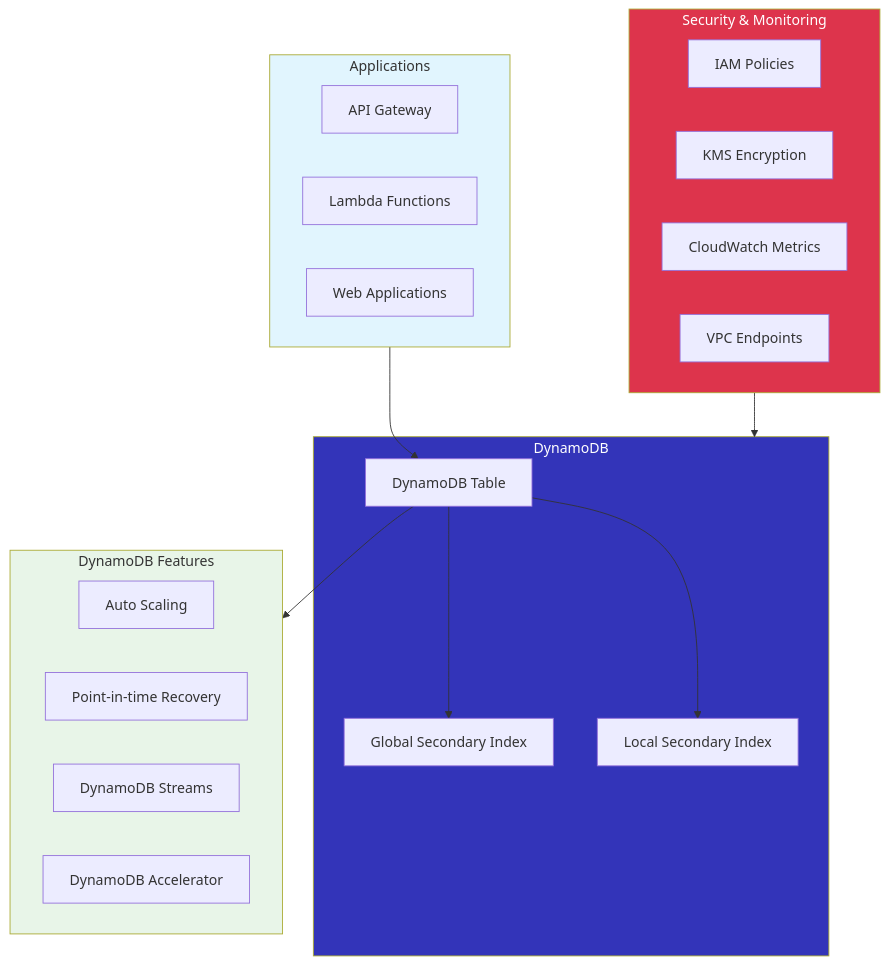
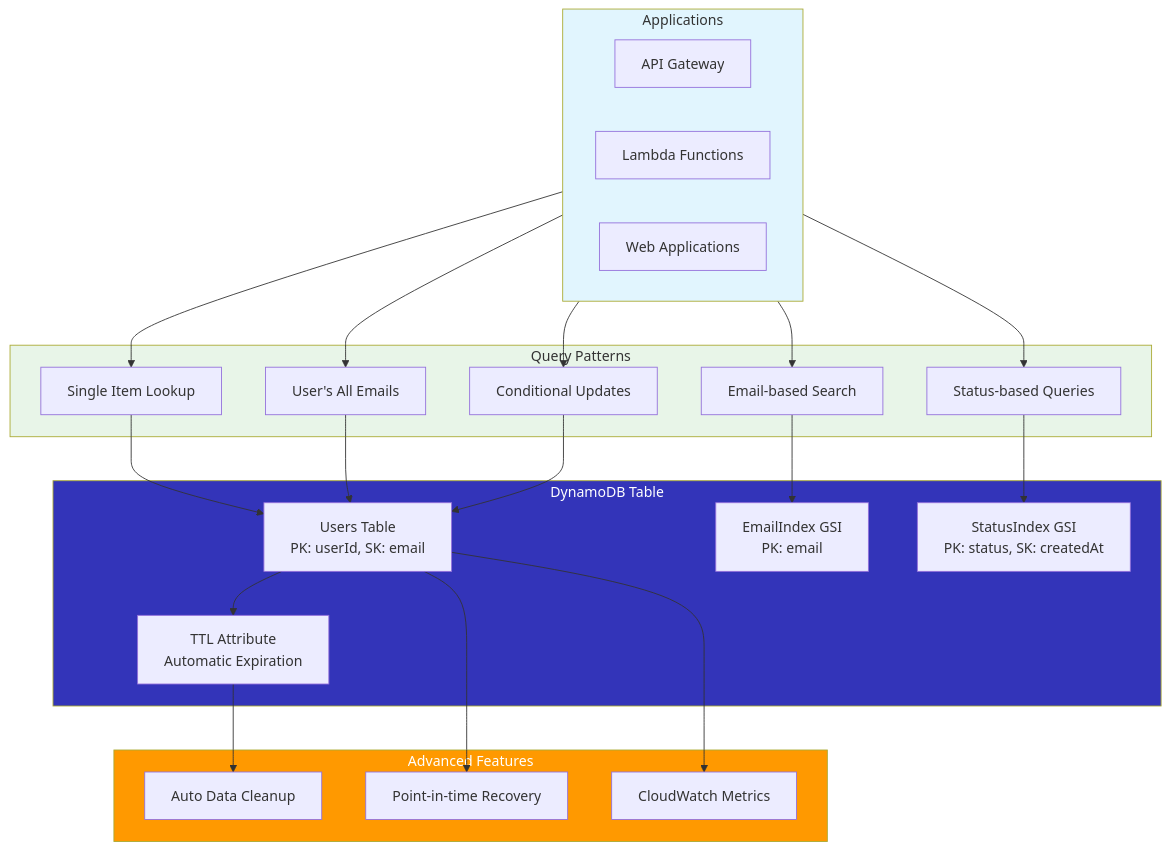
One commit to superluminar-io/aws-modular-workshop changed the first of 2 diagrams in docs/labs/lab_280_dynamodb_basics/0_intro.md. Above: the diagram before and after it, drawn with Mermaid. The commit also changed other lines of this file and 24 other files, not shown here.

````diff
--- a/docs/labs/lab_280_dynamodb_basics/0_intro.md
+++ b/docs/labs/lab_280_dynamodb_basics/0_intro.md
@@ -9,39 +9,51 @@
 ```mermaid
 flowchart TD
     subgraph Apps["Applications"]
         API[API Gateway]
         Lambda[Lambda Functions]
         App[Web Applications]
     end
 
-    subgraph DDB["DynamoDB"]
-        Table[DynamoDB Table]
-        GSI[Global Secondary Index]
-        LSI[Local Secondary Index]
+    subgraph DDB["DynamoDB Table"]
+        TABLE[Users Table<br/>PK: userId, SK: email]
+        GSI1[EmailIndex GSI<br/>PK: email]
+        GSI2[StatusIndex GSI<br/>PK: status, SK: createdAt]
+        TTL[TTL Attribute<br/>Automatic Expiration]
     end
 
-    subgraph Features["DynamoDB Features"]
-        AutoScale[Auto Scaling]
-        Backup[Point-in-time Recovery]
-        Streams[DynamoDB Streams]
-        DAX[DynamoDB Accelerator]
+    subgraph QUERIES["Query Patterns"]
+        Q1[Single Item Lookup]
+        Q2[User's All Emails]
+        Q3[Email-based Search]
+        Q4[Status-based Queries]
+        Q5[Conditional Updates]
     end
 
-    subgraph Security["Security & Monitoring"]
-        IAM[IAM Policies]
-        KMS[KMS Encryption]
-        CW[CloudWatch Metrics]
-        VPC[VPC Endpoints]
+    subgraph FEATURES["Advanced Features"]
+        AutoExpire[Auto Data Cleanup]
+        PITR[Point-in-time Recovery]
+        Monitoring[CloudWatch Metrics]
     end
 
-    Apps --> Table
-    Table --> GSI
-    Table --> LSI
-    Table --> Features
-    Security --> DDB
+    Apps --> Q1
+    Apps --> Q2
+    Apps --> Q3
+    Apps --> Q4
+    Apps --> Q5
+
+    Q1 --> TABLE
+    Q2 --> TABLE
+    Q3 --> GSI1
+    Q4 --> GSI2
+    Q5 --> TABLE
+
+    TTL --> AutoExpire
+    TABLE --> TTL
+    TABLE --> PITR
+    TABLE --> Monitoring
 
     style Apps fill:#e1f5fe
     style DDB fill:#3334b9,color:#fff
-    style Features fill:#e8f5e8
-    style Security fill:#dd344c,color:#fff
+    style QUERIES fill:#e8f5e8
+    style FEATURES fill:#ff9900,color:#fff
 ```
````
